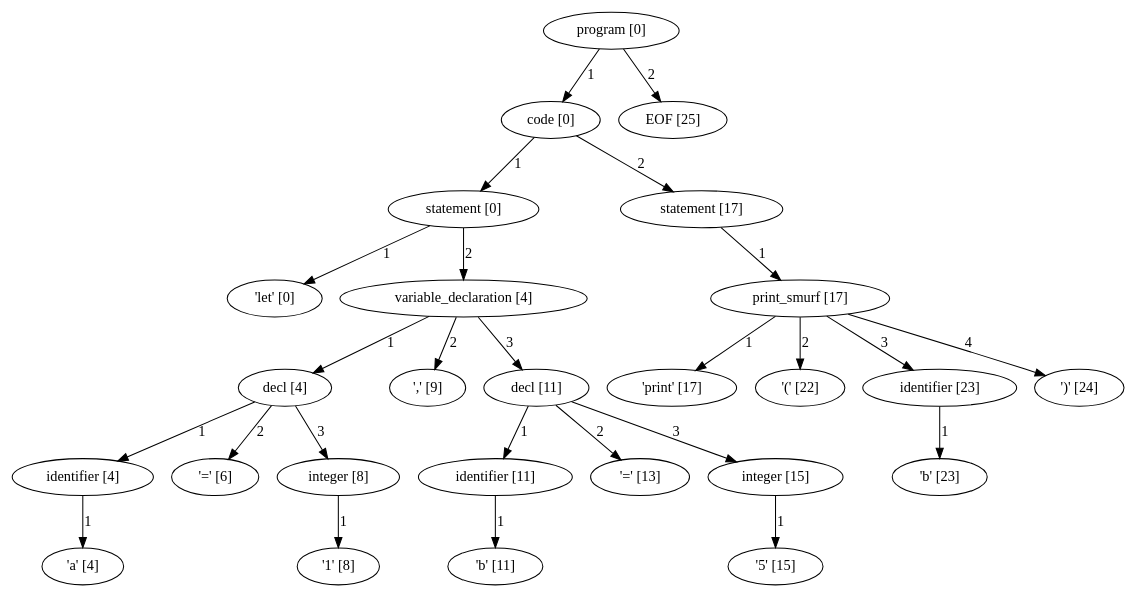
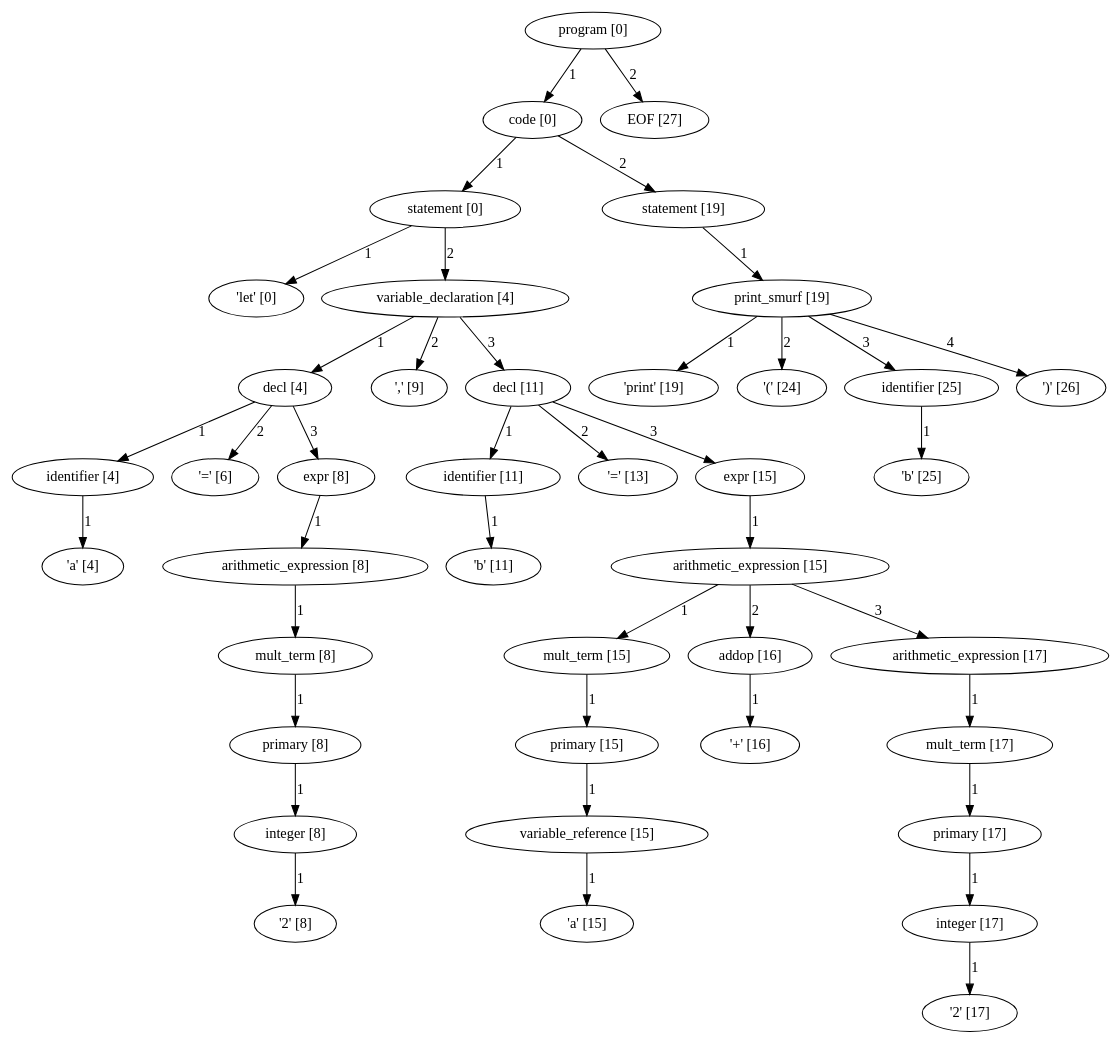
Before and after one commit to pragdave/cs3342_smurf: the diagram in program_parse_tree.dot, drawn with Graphviz. The commit also changed 12 other files, not shown here.

Commit message:
arithmetic on variable references complete, some function stuff done

```diff
--- a/program_parse_tree.dot
+++ b/program_parse_tree.dot
@@ -1,78 +1,123 @@
 digraph arpeggio_graph {
-4714692976 [label="program [0]"];
-4714692976->4714695568 [label="1"]
+4802930304 [label="program [0]"];
+4802930304->4803885536 [label="1"]
 
-4714695568 [label="code [0]"];
-4714695568->4716184784 [label="1"]
+4803885536 [label="code [0]"];
+4803885536->4804288736 [label="1"]
 
-4716184784 [label="statement [0]"];
-4716184784->4714263760 [label="1"]
+4804288736 [label="statement [0]"];
+4804288736->4802633296 [label="1"]
 
-4714263760 [label=" 'let' [0]"];
-4716184784->4716183920 [label="2"]
+4802633296 [label=" 'let' [0]"];
+4804288736->4804290176 [label="2"]
 
-4716183920 [label="variable_declaration [4]"];
-4716183920->4716789200 [label="1"]
+4804290176 [label="variable_declaration [4]"];
+4804290176->4804018256 [label="1"]
 
-4716789200 [label="decl [4]"];
-4716789200->4710963392 [label="1"]
+4804018256 [label="decl [4]"];
+4804018256->4804291904 [label="1"]
 
-4710963392 [label="identifier [4]"];
-4710963392->4714262736 [label="1"]
+4804291904 [label="identifier [4]"];
+4804291904->4802631248 [label="1"]
 
-4714262736 [label=" 'a' [4]"];
-4716789200->4714262608 [label="2"]
+4802631248 [label=" 'a' [4]"];
+4804018256->4802632784 [label="2"]
 
-4714262608 [label=" '=' [6]"];
-4716789200->4715016848 [label="3"]
+4802632784 [label=" '=' [6]"];
+4804018256->4803884816 [label="3"]
 
-4715016848 [label="integer [8]"];
-4715016848->4714262992 [label="1"]
+4803884816 [label="expr [8]"];
+4803884816->4803884672 [label="1"]
 
-4714262992 [label=" '1' [8]"];
-4716183920->4707948624 [label="2"]
+4803884672 [label="arithmetic_expression [8]"];
+4803884672->4803883808 [label="1"]
 
-4707948624 [label=" ',' [9]"];
-4716183920->4710961376 [label="3"]
+4803883808 [label="mult_term [8]"];
+4803883808->4803883376 [label="1"]
 
-4710961376 [label="decl [11]"];
-4710961376->4716787040 [label="1"]
+4803883376 [label="primary [8]"];
+4803883376->4803885968 [label="1"]
 
-4716787040 [label="identifier [11]"];
-4716787040->4707949776 [label="1"]
+4803885968 [label="integer [8]"];
+4803885968->4805619920 [label="1"]
 
-4707949776 [label=" 'b' [11]"];
-4710961376->4707949904 [label="2"]
+4805619920 [label=" '2' [8]"];
+4804290176->4805622224 [label="2"]
 
-4707949904 [label=" '=' [13]"];
-4710961376->4710962960 [label="3"]
+4805622224 [label=" ',' [9]"];
+4804290176->4803883664 [label="3"]
 
-4710962960 [label="integer [15]"];
-4710962960->4707950288 [label="1"]
+4803883664 [label="decl [11]"];
+4803883664->4804069568 [label="1"]
 
-4707950288 [label=" '5' [15]"];
-4714695568->4710626656 [label="2"]
+4804069568 [label="identifier [11]"];
+4804069568->4805621968 [label="1"]
 
-4710626656 [label="statement [17]"];
-4710626656->4710626224 [label="1"]
+4805621968 [label=" 'b' [11]"];
+4803883664->4805884240 [label="2"]
 
-4710626224 [label="print_smurf [17]"];
-4710626224->4707950160 [label="1"]
+4805884240 [label=" '=' [13]"];
+4803883664->4803886256 [label="3"]
 
-4707950160 [label=" 'print' [17]"];
-4710626224->4712421200 [label="2"]
+4803886256 [label="expr [15]"];
+4803886256->4803886400 [label="1"]
 
-4712421200 [label=" '(' [22]"];
-4710626224->4716187520 [label="3"]
+4803886400 [label="arithmetic_expression [15]"];
+4803886400->4804291760 [label="1"]
 
-4716187520 [label="identifier [23]"];
-4716187520->4712420688 [label="1"]
+4804291760 [label="mult_term [15]"];
+4804291760->4804291616 [label="1"]
 
-4712420688 [label=" 'b' [23]"];
-4710626224->4712422608 [label="4"]
+4804291616 [label="primary [15]"];
+4804291616->4804290896 [label="1"]
 
-4712422608 [label=" ')' [24]"];
-4714692976->4710343632 [label="2"]
+4804290896 [label="variable_reference [15]"];
+4804290896->4466094800 [label="1"]
 
-4710343632 [label="EOF [25]"];
+4466094800 [label=" 'a' [15]"];
+4803886400->4804291328 [label="2"]
+
+4804291328 [label="addop [16]"];
+4804291328->4466095184 [label="1"]
+
+4466095184 [label=" '+' [16]"];
+4803886400->4799709056 [label="3"]
+
+4799709056 [label="arithmetic_expression [17]"];
+4799709056->4799707760 [label="1"]
+
+4799707760 [label="mult_term [17]"];
+4799707760->4799706320 [label="1"]
+
+4799706320 [label="primary [17]"];
+4799706320->4799707904 [label="1"]
+
+4799707904 [label="integer [17]"];
+4799707904->4466094288 [label="1"]
+
+4466094288 [label=" '2' [17]"];
+4803885536->4799706896 [label="2"]
+
+4799706896 [label="statement [19]"];
+4799706896->4799708912 [label="1"]
+
+4799708912 [label="print_smurf [19]"];
+4799708912->4466094544 [label="1"]
+
+4466094544 [label=" 'print' [19]"];
+4799708912->4466097104 [label="2"]
+
+4466097104 [label=" '(' [24]"];
+4799708912->4804021424 [label="3"]
+
+4804021424 [label="identifier [25]"];
+4804021424->4466095824 [label="1"]
+
+4466095824 [label=" 'b' [25]"];
+4799708912->4805621456 [label="4"]
+
+4805621456 [label=" ')' [26]"];
+4802930304->4466096208 [label="2"]
+
+4466096208 [label="EOF [27]"];
 }
```
